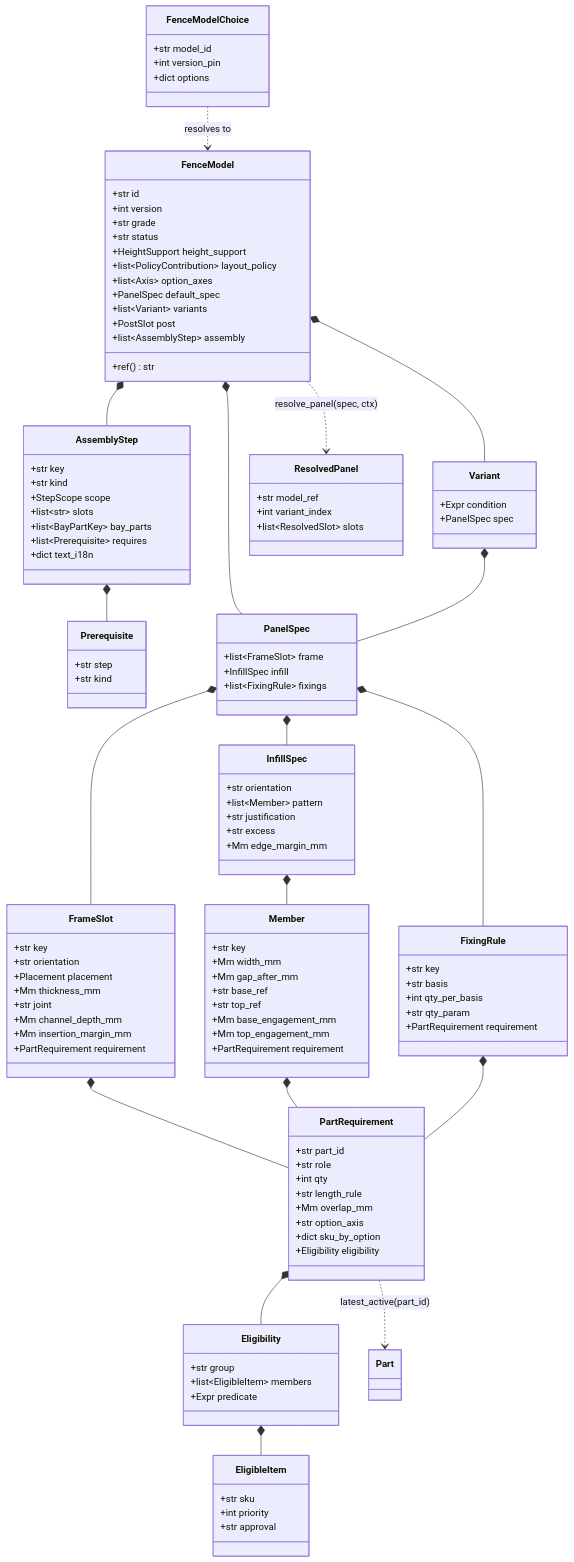
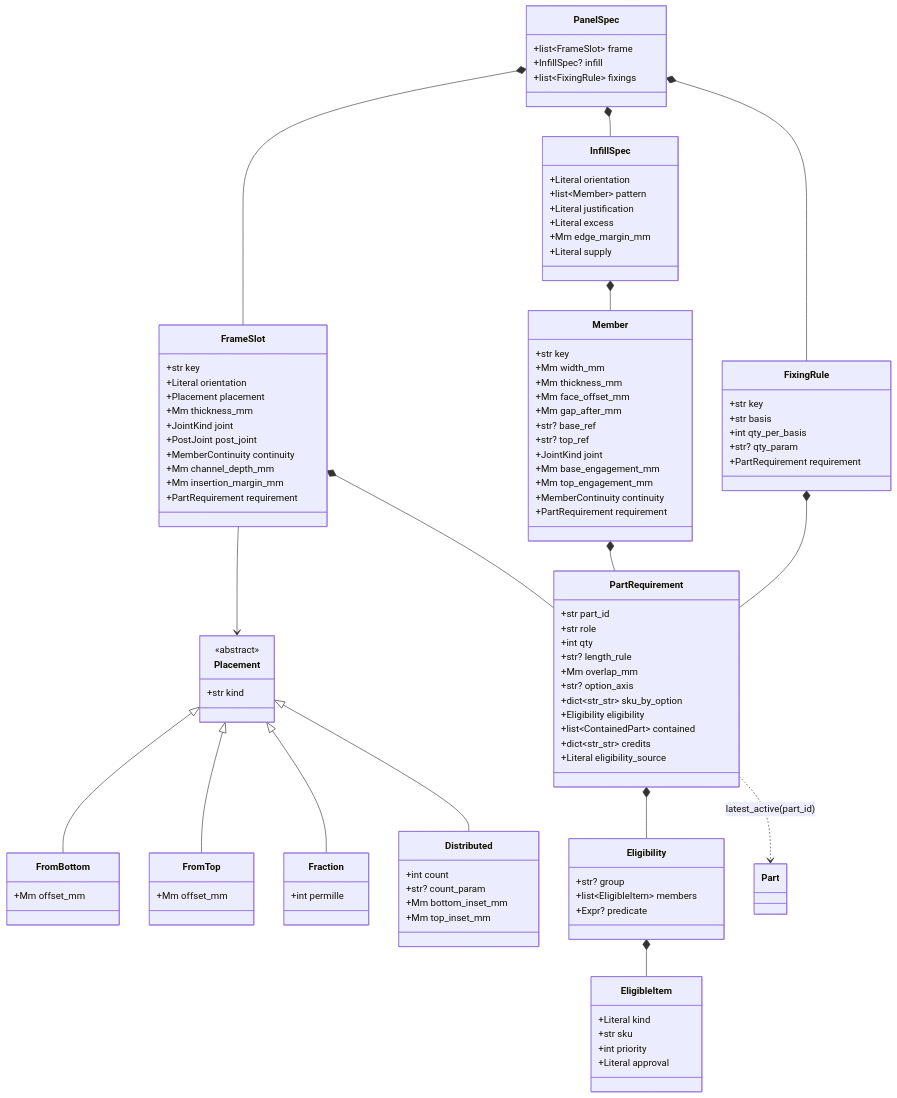
The sixth of 27 diagrams in docs/architecture/02-entities.md (spicysauce1955-stack/BOM), drawn with Mermaid before and after one commit. The commit also changed other lines of this file and 14 other files, not shown here.

````diff
--- a/docs/architecture/02-entities.md
+++ b/docs/architecture/02-entities.md
@@ -225,121 +683,108 @@
 ```mermaid
 classDiagram
-    class FenceModel {
-        +str id
-        +int version
-        +str grade
-        +str status
-        +HeightSupport height_support
-        +list~PolicyContribution~ layout_policy
-        +list~Axis~ option_axes
-        +PanelSpec default_spec
-        +list~Variant~ variants
-        +PostSlot post
-        +list~AssemblyStep~ assembly
-        +ref() str
-    }
-    class AssemblyStep {
-        +str key
-        +str kind
-        +StepScope scope
-        +list~str~ slots
-        +list~BayPartKey~ bay_parts
-        +list~Prerequisite~ requires
-        +dict text_i18n
-    }
-    class Prerequisite {
-        +str step
-        +str kind
-    }
     class PanelSpec {
         +list~FrameSlot~ frame
-        +InfillSpec infill
+        +InfillSpec? infill
         +list~FixingRule~ fixings
     }
     class FrameSlot {
         +str key
-        +str orientation
+        +Literal orientation
         +Placement placement
         +Mm thickness_mm
-        +str joint
+        +JointKind joint
+        +PostJoint post_joint
+        +MemberContinuity continuity
         +Mm channel_depth_mm
         +Mm insertion_margin_mm
         +PartRequirement requirement
     }
+    class Placement {
+        <<abstract>>
+        +str kind
+    }
+    class FromBottom {
+        +Mm offset_mm
+    }
+    class FromTop {
+        +Mm offset_mm
+    }
+    class Fraction {
+        +int permille
+    }
+    class Distributed {
+        +int count
+        +str? count_param
+        +Mm bottom_inset_mm
+        +Mm top_inset_mm
+    }
     class InfillSpec {
-        +str orientation
+        +Literal orientation
         +list~Member~ pattern
-        +str justification
-        +str excess
+        +Literal justification
+        +Literal excess
         +Mm edge_margin_mm
+        +Literal supply
     }
     class Member {
         +str key
         +Mm width_mm
+        +Mm thickness_mm
+        +Mm face_offset_mm
         +Mm gap_after_mm
-        +str base_ref
-        +str top_ref
+        +str? base_ref
+        +str? top_ref
+        +JointKind joint
         +Mm base_engagement_mm
         +Mm top_engagement_mm
+        +MemberContinuity continuity
         +PartRequirement requirement
     }
     class FixingRule {
         +str key
         +str basis
         +int qty_per_basis
-        +str qty_param
+        +str? qty_param
         +PartRequirement requirement
     }
     class PartRequirement {
         +str part_id
         +str role
         +int qty
-        +str length_rule
+        +str? length_rule
         +Mm overlap_mm
-        +str option_axis
-        +dict sku_by_option
+        +str? option_axis
+        +dict~str_str~ sku_by_option
         +Eligibility eligibility
+        +list~ContainedPart~ contained
+        +dict~str_str~ credits
+        +Literal eligibility_source
     }
     class Eligibility {
-        +str group
+        +str? group
         +list~EligibleItem~ members
-        +Expr predicate
+        +Expr? predicate
     }
     class EligibleItem {
+        +Literal kind
         +str sku
         +int priority
-        +str approval
-    }
-    class Variant {
-        +Expr condition
-        +PanelSpec spec
-    }
-    class FenceModelChoice {
-        +str model_id
-        +int version_pin
-        +dict options
-    }
-    class ResolvedPanel {
-        +str model_ref
-        +int variant_index
-        +list~ResolvedSlot~ slots
+        +Literal approval
     }
 
-    FenceModel *-- PanelSpec
-    FenceModel *-- AssemblyStep
-    AssemblyStep *-- Prerequisite
-    FenceModel *-- Variant
-    Variant *-- PanelSpec
     PanelSpec *-- FrameSlot
     PanelSpec *-- InfillSpec
     PanelSpec *-- FixingRule
     InfillSpec *-- Member
+    FrameSlot --> Placement
+    Placement <|-- FromBottom
+    Placement <|-- FromTop
+    Placement <|-- Fraction
+    Placement <|-- Distributed
     FrameSlot *-- PartRequirement
     Member *-- PartRequirement
     FixingRule *-- PartRequirement
     PartRequirement *-- Eligibility
     Eligibility *-- EligibleItem
-    FenceModelChoice ..> FenceModel : resolves to
-    FenceModel ..> ResolvedPanel : resolve_panel(spec, ctx)
     PartRequirement ..> Part : latest_active(part_id)
 ```
````
